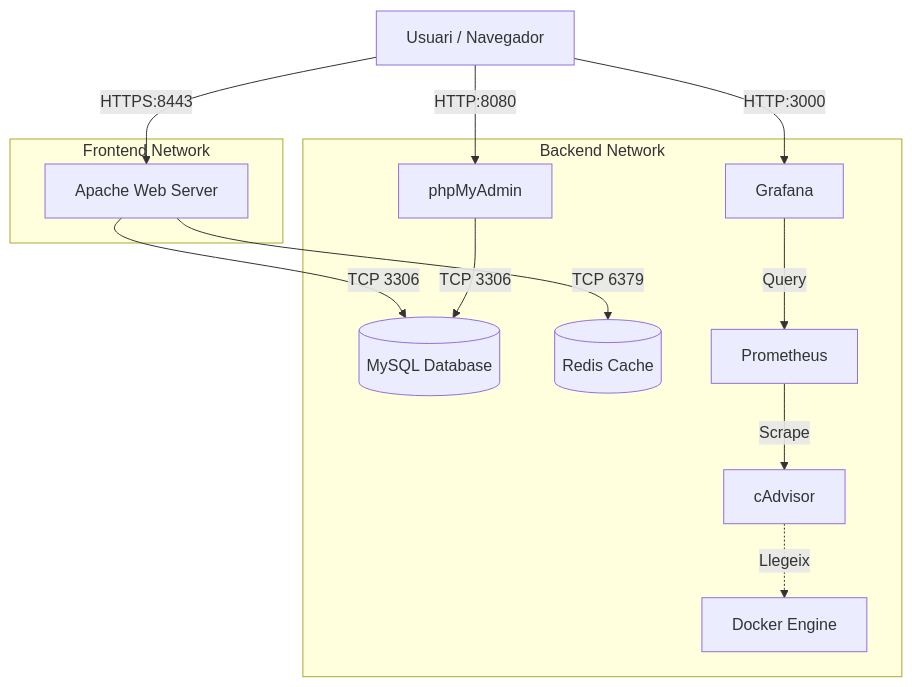
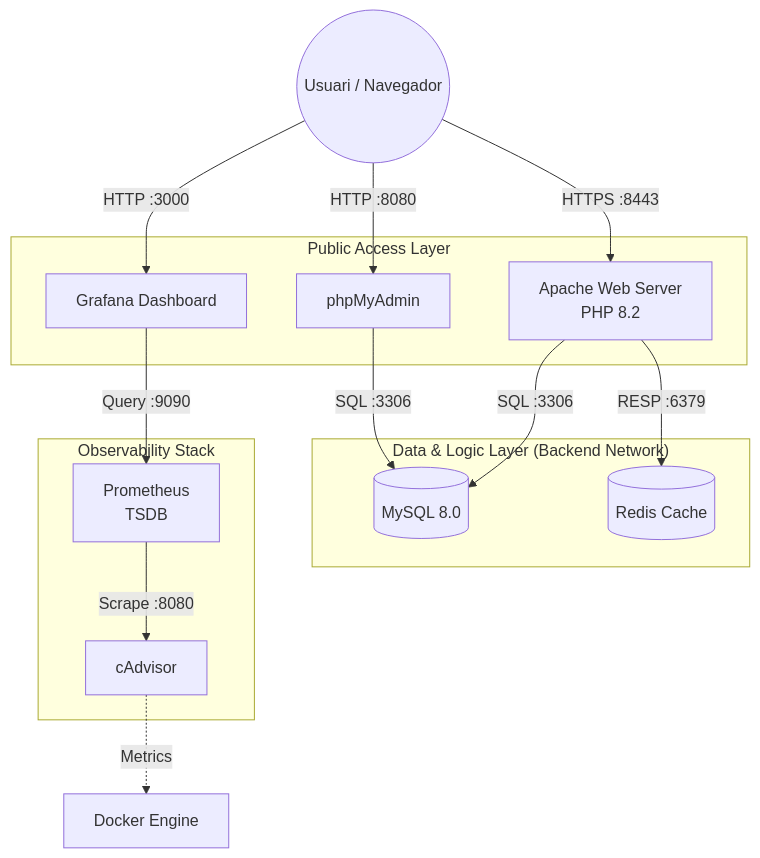
Before and after one commit to aybkh/Projecte-Serveis-Web: the diagram in README.md, drawn with Mermaid. The commit also changed other lines of this file, not shown here.

````diff
--- a/README.md
+++ b/README.md
@@ -9,20 +9,35 @@
 ```mermaid
 graph TD
-    User[Usuari / Navegador] -->|HTTPS:8443| Apache
-    User -->|HTTP:3000| Grafana
-    User -->|HTTP:8080| PMA[phpMyAdmin]
+    User((Usuari / Navegador))
+    
+    subgraph "Public Access Layer"
+        Apache[Apache Web Server<br/>PHP 8.2]
+        Grafana[Grafana Dashboard]
+        PMA[phpMyAdmin]
+    end
 
-    subgraph "Frontend Network"
-        Apache[Apache Web Server]
+    subgraph "Data & Logic Layer (Backend Network)"
+        MySQL[(MySQL 8.0)]
+        Redis[(Redis Cache)]
     end
-    
-    subgraph "Backend Network"
-        Apache -->|TCP 3306| MySQL[(MySQL Database)]
-        Apache -->|TCP 6379| Redis[(Redis Cache)]
-        PMA -->|TCP 3306| MySQL
-        
-        cAdvisor[cAdvisor] -.->|Llegeix| DockerSocket[Docker Engine]
-        Prometheus[Prometheus] -->|Scrape| cAdvisor
-        Grafana[Grafana] -->|Query| Prometheus
+
+    subgraph "Observability Stack"
+        Prometheus[Prometheus<br/>TSDB]
+        cAdvisor[cAdvisor]
     end
+
+    %% Access Connections
+    User -->|HTTPS :8443| Apache
+    User -->|HTTP :3000| Grafana
+    User -->|HTTP :8080| PMA
+
+    %% Internal Connections
+    Apache -->|SQL :3306| MySQL
+    Apache -->|RESP :6379| Redis
+    PMA -->|SQL :3306| MySQL
+
+    %% Monitoring Connections
+    cAdvisor -.->|Metrics| DockerEngine[Docker Engine]
+    Prometheus -->|Scrape :8080| cAdvisor
+    Grafana -->|Query :9090| Prometheus
 ```
````
